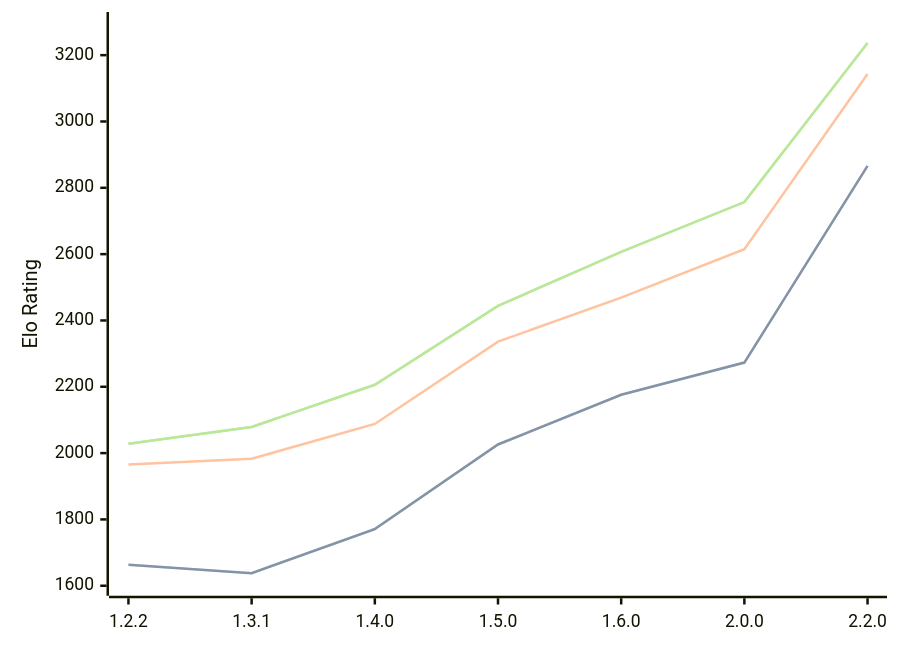
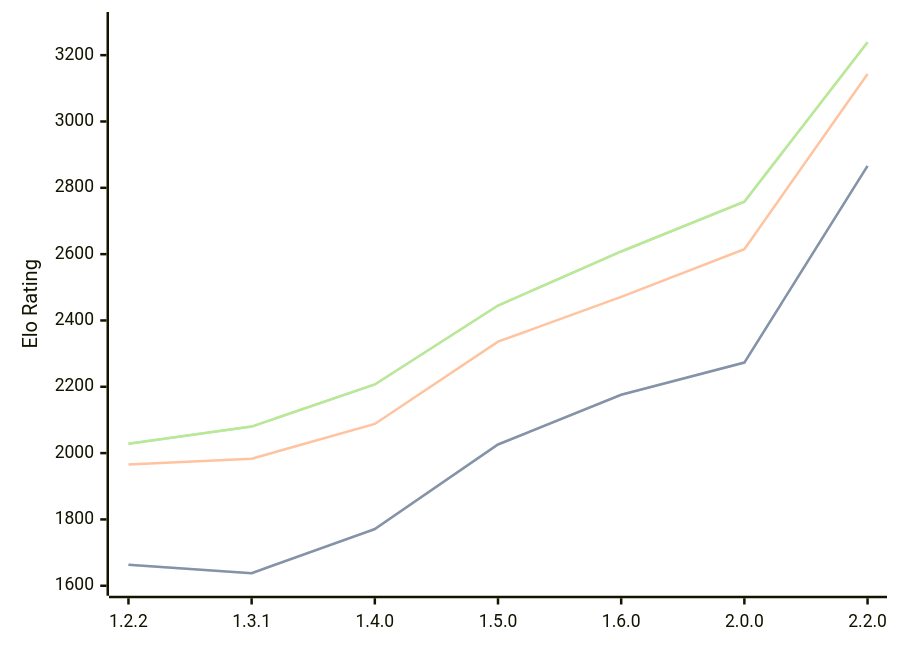
One commit to computer-chess-index/cci changed the diagram in engines/SoloEngine.md. Above: the diagram before and after it, drawn with Mermaid. The commit also changed other lines of this file, not shown here.

Commit message:
Update CCI Ratings (ELO VLTC) - 2026-09-13

````diff
--- a/engines/SoloEngine.md
+++ b/engines/SoloEngine.md
@@ -38,11 +38,11 @@
 ```mermaid
 %%{init: {"theme":"base","themeVariables":{"seriesColors:['#a3a3a3','#222221','#faa371']}}}%%
 xychart-beta
   x-axis ["1.2.2", "1.3.1", "1.4.0", "1.5.0", "1.6.0", "2.0.0", "2.2.0"]
   y-axis "Elo Rating" 1600 --> 3300
   line "" [1663, 1638, 1771, 2026, 2176, 2273, 2866]
   line "STC (8.0+0.08s)" [1663, 1638, 1771, 2026, 2176, 2273, 2866]
-  line "LTC (60.0+0.60s)" [1966, 1983, 2088, 2336, 2469, 2615, 3143]
-  line "" [2028, 2079, 2206, 2444, 2607, 2757, 3237]
-  line "VLTC (2m24s+1.12s)" [2028, 2079, 2206, 2444, 2607, 2757, 3237]
+  line "LTC (60.0+0.60s)" [1966, 1983, 2088, 2336, 2471, 2615, 3143]
+  line "" [2028, 2080, 2207, 2445, 2608, 2758, 3239]
+  line "VLTC (2m24s+1.12s)" [2028, 2080, 2207, 2445, 2608, 2758, 3239]
 ```
````
